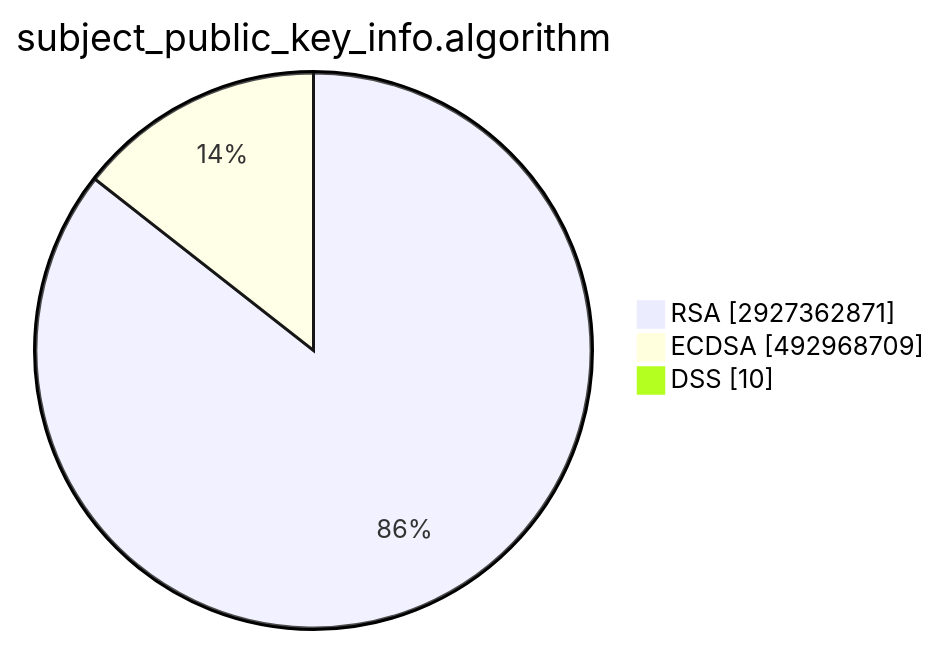
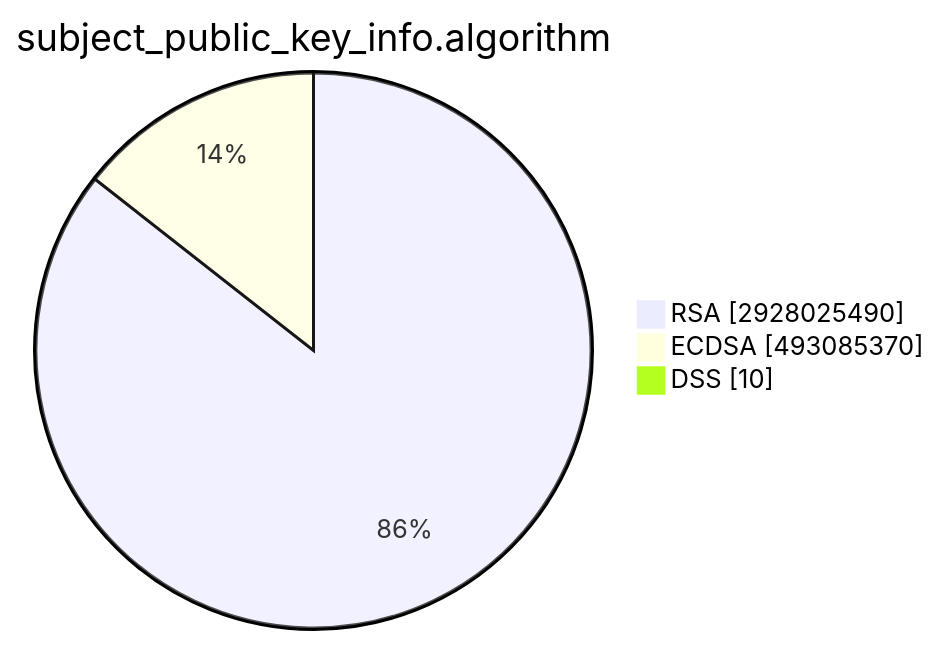
The second of 15 diagrams in TOTAL/README.md (christiankrug/ctmonitor_visualization), drawn with Mermaid before and after one commit. The commit also changed other lines of this file, not shown here.

````diff
--- a/TOTAL/README.md
+++ b/TOTAL/README.md
@@ -6,7 +6,7 @@
 ```mermaid
 pie showData
 title subject_public_key_info.algorithm
-"RSA" :2927362871
-"ECDSA" :492968709
+"RSA" :2928025490
+"ECDSA" :493085370
 "DSS" :10
 ```
````
